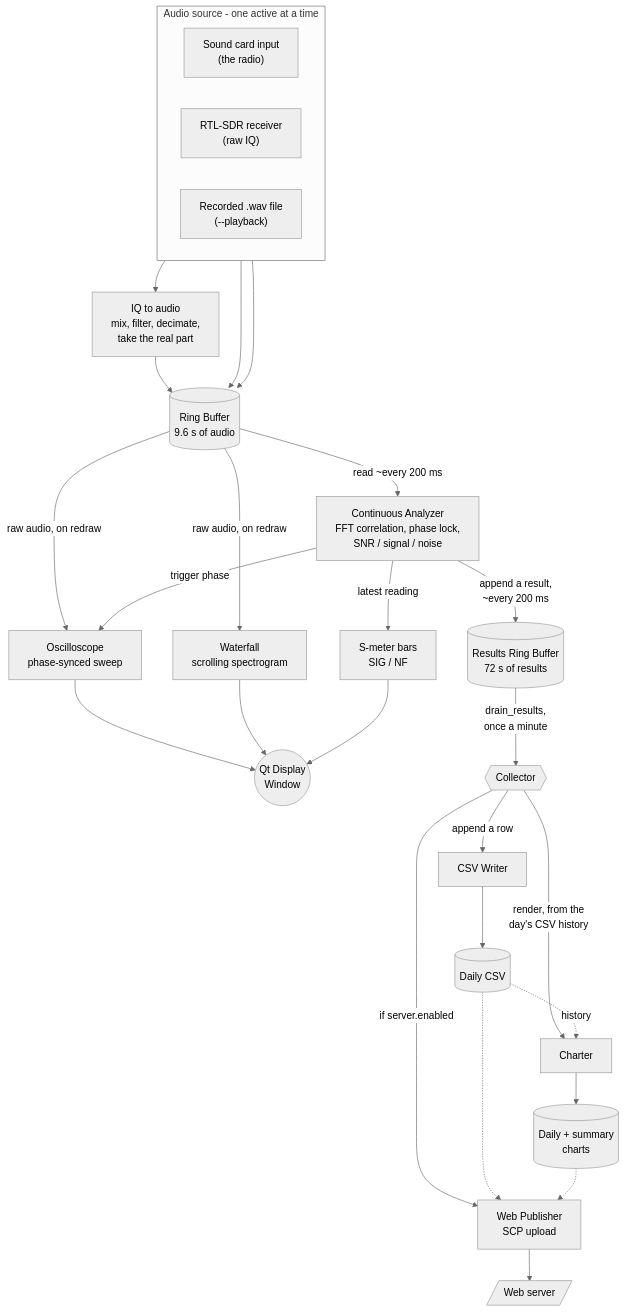
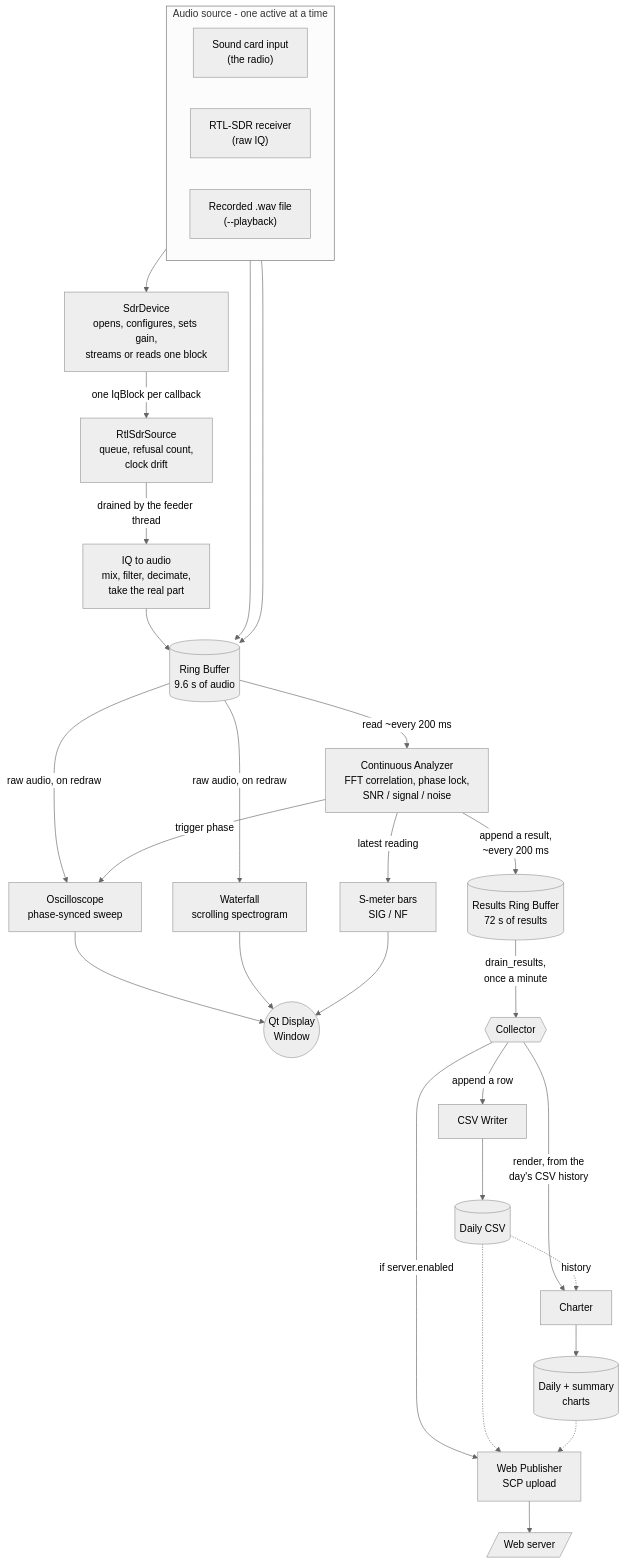
One commit to spatula75/n6ol-powerline-qrm-monitor changed the diagram in docs/concepts/how-it-works.md. Above: the diagram before and after it, drawn with Mermaid (neutral theme). The commit also changed 22 other files, not shown here.

Commit message:
An SdrDevice contract, and the RTL-SDR behind it (#31)

````diff
--- a/docs/concepts/how-it-works.md
+++ b/docs/concepts/how-it-works.md
@@ -5,39 +5,41 @@
 ```mermaid
 flowchart TB
     subgraph SOURCE["Audio source - one active at a time"]
         direction LR
         MIC["Sound card input<br/>(the radio)"]
         SDR["RTL-SDR receiver<br/>(raw IQ)"]
         WAVFILE["Recorded .wav file<br/>(--playback)"]
     end
 
     MIC --> RB[("Ring Buffer<br/>9.6 s of audio")]
-    SDR --> IQ["IQ to audio<br/>mix, filter, decimate,<br/>take the real part"]
+    SDR --> DEVICE["SdrDevice<br/>opens, configures, sets gain,<br/>streams or reads one block"]
+    DEVICE -->|one IqBlock per callback| CAPTURE["RtlSdrSource<br/>queue, refusal count,<br/>clock drift"]
+    CAPTURE -->|drained by the feeder thread| IQ["IQ to audio<br/>mix, filter, decimate,<br/>take the real part"]
     IQ --> RB
     WAVFILE --> RB
 
     RB -->|raw audio, on redraw| SCOPE["Oscilloscope<br/>phase-synced sweep"]
     RB -->|raw audio, on redraw| WATERFALL["Waterfall<br/>scrolling spectrogram"]
     RB -->|read ~every 200 ms| ANALYZER["Continuous Analyzer<br/>FFT correlation, phase lock,<br/>SNR / signal / noise"]
 
     ANALYZER -->|trigger phase| SCOPE
     ANALYZER -->|latest reading| SMETER["S-meter bars<br/>SIG / NF"]
 
     SCOPE --> DISPLAY(("Qt Display<br/>Window"))
     WATERFALL --> DISPLAY
     SMETER --> DISPLAY
 
     ANALYZER -->|append a result,<br/>~every 200 ms| RESULTS[("Results Ring Buffer<br/>72 s of results")]
     RESULTS -->|drain_results,<br/>once a minute| COLLECTOR{{"Collector"}}
 
     COLLECTOR -->|append a row| CSVWRITER["CSV Writer"]
     CSVWRITER --> CSVFILE[("Daily CSV")]
     COLLECTOR -->|render, from the<br/>day's CSV history| CHARTER["Charter"]
     CSVFILE -.->|history| CHARTER
     CHARTER --> PLOTS[("Daily + summary<br/>charts")]
 
     COLLECTOR -->|if server.enabled| PUBLISHER["Web Publisher<br/>SCP upload"]
     CSVFILE -.-> PUBLISHER
     PLOTS -.-> PUBLISHER
     PUBLISHER --> WEBSERVER[/"Web server"/]
 ```
````
